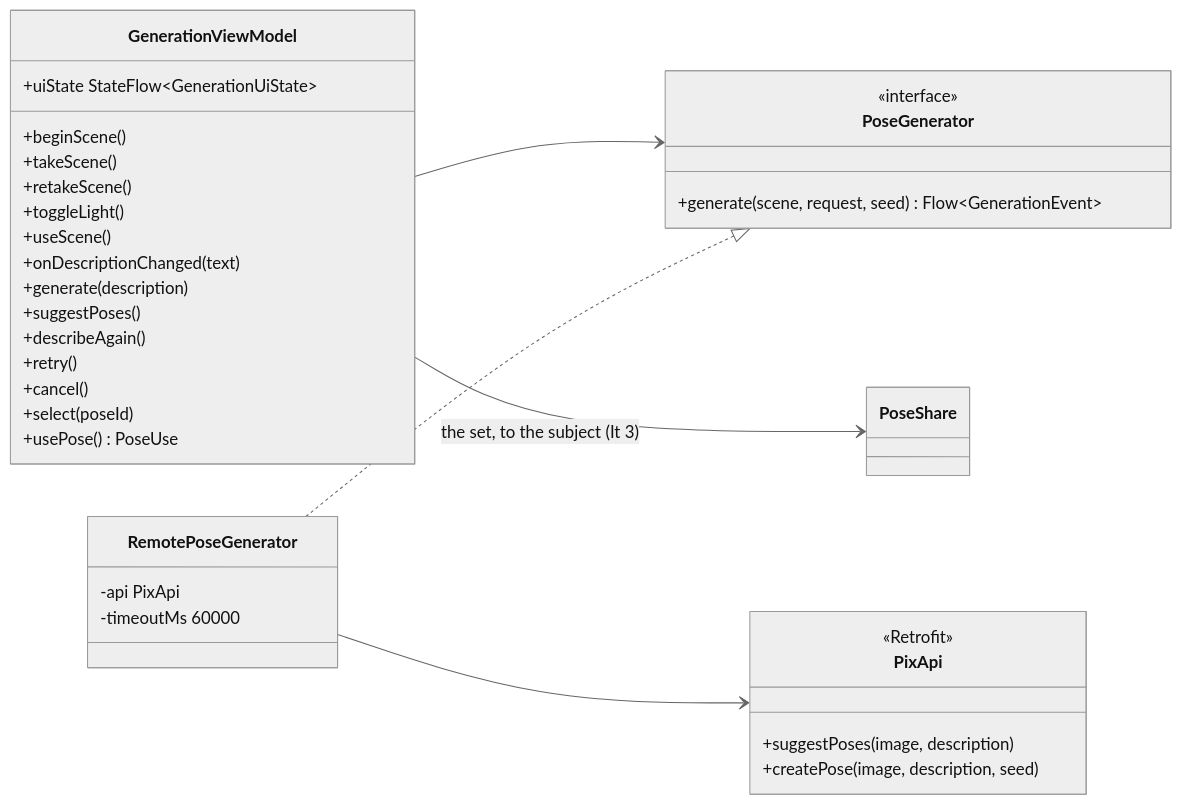
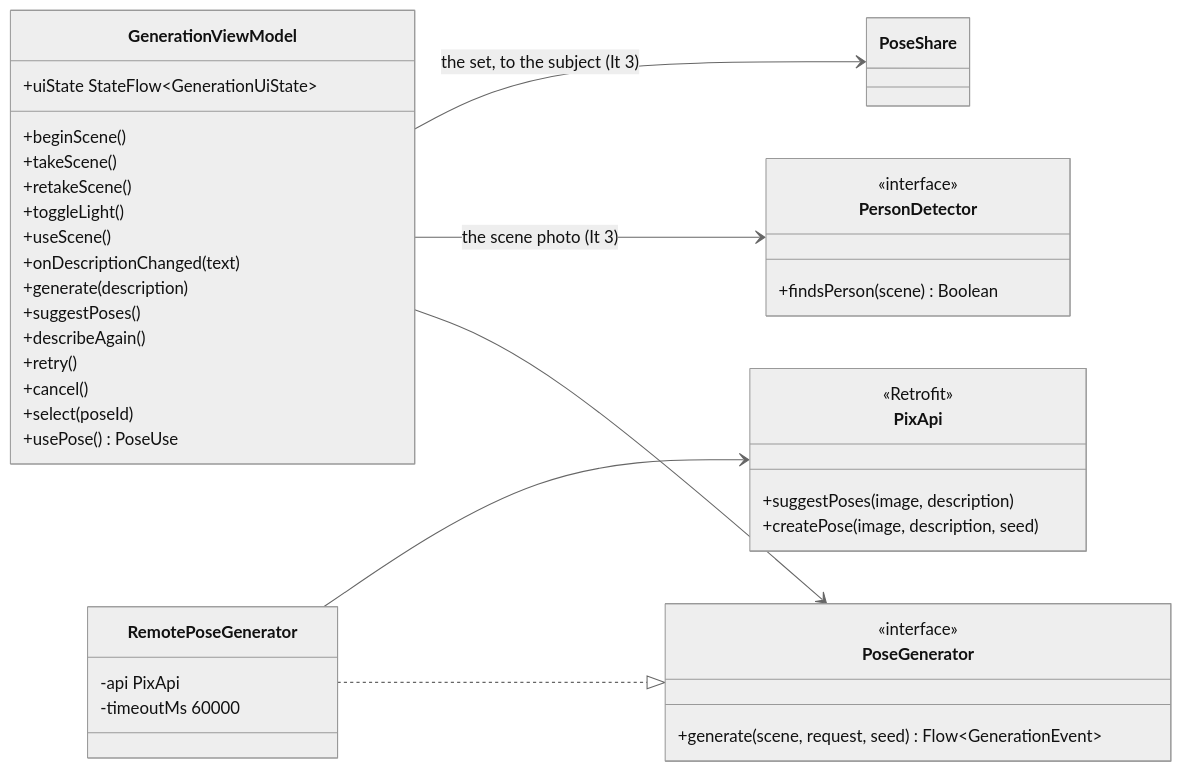
Before and after one commit to snuhcs-course/swpp-2026-project-team-10: the eighth of 12 diagrams in wiki/Design-Documentation.md, drawn with Mermaid (neutral theme). The commit also changed other lines of this file and 44 other files, not shown here.

First line of the commit message:
feat: check the scene photo for a person before pose generation

````diff
--- a/wiki/Design-Documentation.md
+++ b/wiki/Design-Documentation.md
@@ -818,37 +825,42 @@
 ```mermaid
 classDiagram
   direction LR
   class GenerationViewModel {
     +uiState StateFlow~GenerationUiState~
     +beginScene()
     +takeScene()
     +retakeScene()
     +toggleLight()
     +useScene()
     +onDescriptionChanged(text)
     +generate(description)
     +suggestPoses()
     +describeAgain()
     +retry()
     +cancel()
     +select(poseId)
     +usePose() PoseUse
   }
   class PoseGenerator {
     <<interface>>
     +generate(scene, request, seed) Flow~GenerationEvent~
   }
   class RemotePoseGenerator {
     -api PixApi
     -timeoutMs 60000
   }
   class PixApi {
     <<Retrofit>>
     +suggestPoses(image, description)
     +createPose(image, description, seed)
   }
+  class PersonDetector {
+    <<interface>>
+    +findsPerson(scene) Boolean
+  }
   GenerationViewModel --> PoseGenerator
+  GenerationViewModel --> PersonDetector : the scene photo (It 3)
   GenerationViewModel --> PoseShare : the set, to the subject (It 3)
   RemotePoseGenerator ..|> PoseGenerator
   RemotePoseGenerator --> PixApi
 ```
````
